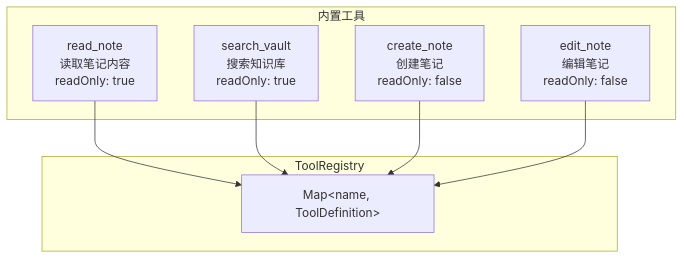
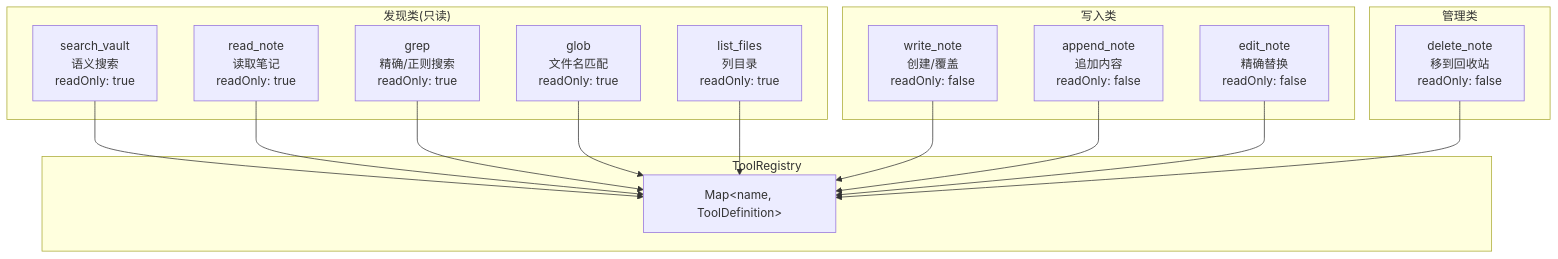
The first of 3 diagrams in docs/architecture/agent/tools.md (golddream-y/obsidian-ratel), drawn with Mermaid before and after one commit. The commit also changed other lines of this file and 2 other files, not shown here.

````diff
--- a/docs/architecture/agent/tools.md
+++ b/docs/architecture/agent/tools.md
@@ -62,18 +66,34 @@
 ```mermaid
 graph TB
     subgraph "ToolRegistry"
         REG["Map&lt;name, ToolDefinition&gt;"]
     end
 
-    subgraph "内置工具"
-        RN["read_note<br/>读取笔记内容<br/>readOnly: true"]
-        SV["search_vault<br/>搜索知识库<br/>readOnly: true"]
-        CN["create_note<br/>创建笔记<br/>readOnly: false"]
-        EN["edit_note<br/>编辑笔记<br/>readOnly: false"]
+    subgraph "发现类(只读)"
+        SV["search_vault<br/>语义搜索<br/>readOnly: true"]
+        RN["read_note<br/>读取笔记<br/>readOnly: true"]
+        GR["grep<br/>精确/正则搜索<br/>readOnly: true"]
+        GL["glob<br/>文件名匹配<br/>readOnly: true"]
+        LF["list_files<br/>列目录<br/>readOnly: true"]
     end
 
+    subgraph "写入类"
+        WN["write_note<br/>创建/覆盖<br/>readOnly: false"]
+        AN["append_note<br/>追加内容<br/>readOnly: false"]
+        EN["edit_note<br/>精确替换<br/>readOnly: false"]
+    end
+
+    subgraph "管理类"
+        DN["delete_note<br/>移到回收站<br/>readOnly: false"]
+    end
+
+    SV --> REG
     RN --> REG
-    SV --> REG
-    CN --> REG
+    GR --> REG
+    GL --> REG
+    LF --> REG
+    WN --> REG
+    AN --> REG
     EN --> REG
+    DN --> REG
 ```
````
